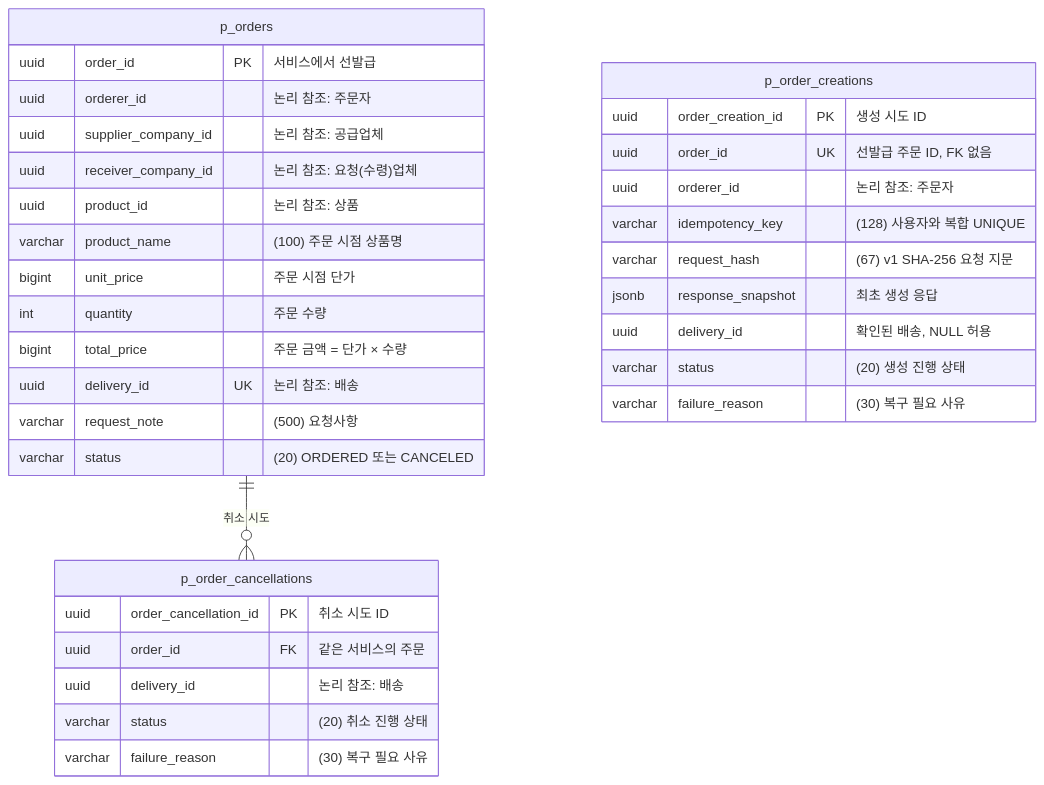
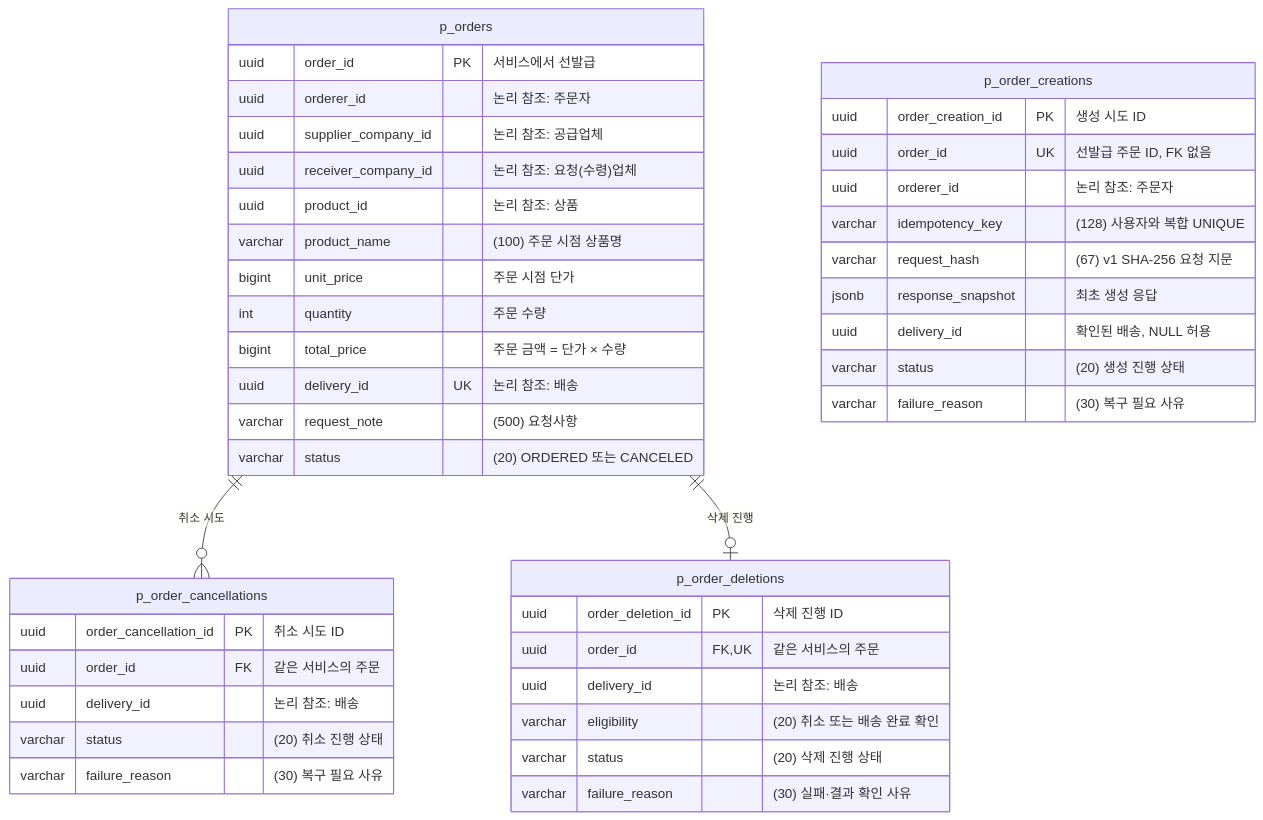
Before and after one commit to logistics-group3/logistics-management: diagram 16 of 20 in docs/SA/sparta-logistics-sa.md, drawn with Mermaid. The commit also changed other lines of this file and 41 other files, not shown here.

````diff
--- a/docs/SA/sparta-logistics-sa.md
+++ b/docs/SA/sparta-logistics-sa.md
@@ -535,36 +536,45 @@
 ```mermaid
 erDiagram
     p_orders ||--o{ p_order_cancellations : "취소 시도"
+    p_orders ||--o| p_order_deletions : "삭제 진행"
     p_orders {
         uuid order_id PK "서비스에서 선발급"
         uuid orderer_id "논리 참조: 주문자"
         uuid supplier_company_id "논리 참조: 공급업체"
         uuid receiver_company_id "논리 참조: 요청(수령)업체"
         uuid product_id "논리 참조: 상품"
         varchar product_name "(100) 주문 시점 상품명"
         bigint unit_price "주문 시점 단가"
         int quantity "주문 수량"
         bigint total_price "주문 금액 = 단가 × 수량"
         uuid delivery_id UK "논리 참조: 배송"
         varchar request_note "(500) 요청사항"
         varchar status "(20) ORDERED 또는 CANCELED"
     }
     p_order_creations {
         uuid order_creation_id PK "생성 시도 ID"
         uuid order_id UK "선발급 주문 ID, FK 없음"
         uuid orderer_id "논리 참조: 주문자"
         varchar idempotency_key "(128) 사용자와 복합 UNIQUE"
         varchar request_hash "(67) v1 SHA-256 요청 지문"
         jsonb response_snapshot "최초 생성 응답"
         uuid delivery_id "확인된 배송, NULL 허용"
         varchar status "(20) 생성 진행 상태"
         varchar failure_reason "(30) 복구 필요 사유"
     }
     p_order_cancellations {
         uuid order_cancellation_id PK "취소 시도 ID"
         uuid order_id FK "같은 서비스의 주문"
         uuid delivery_id "논리 참조: 배송"
         varchar status "(20) 취소 진행 상태"
         varchar failure_reason "(30) 복구 필요 사유"
     }
+    p_order_deletions {
+        uuid order_deletion_id PK "삭제 진행 ID"
+        uuid order_id FK,UK "같은 서비스의 주문"
+        uuid delivery_id "논리 참조: 배송"
+        varchar eligibility "(20) 취소 또는 배송 완료 확인"
+        varchar status "(20) 삭제 진행 상태"
+        varchar failure_reason "(30) 실패·결과 확인 사유"
+    }
 ```
````
